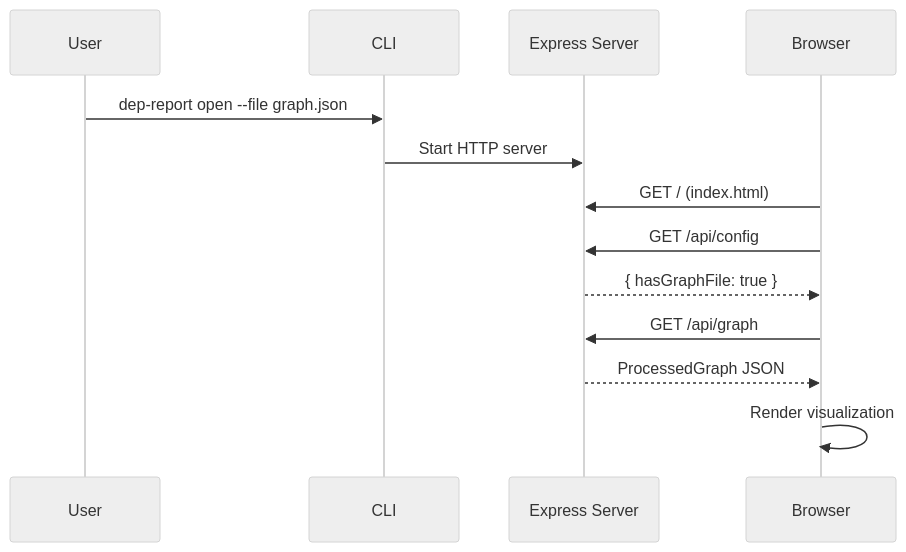
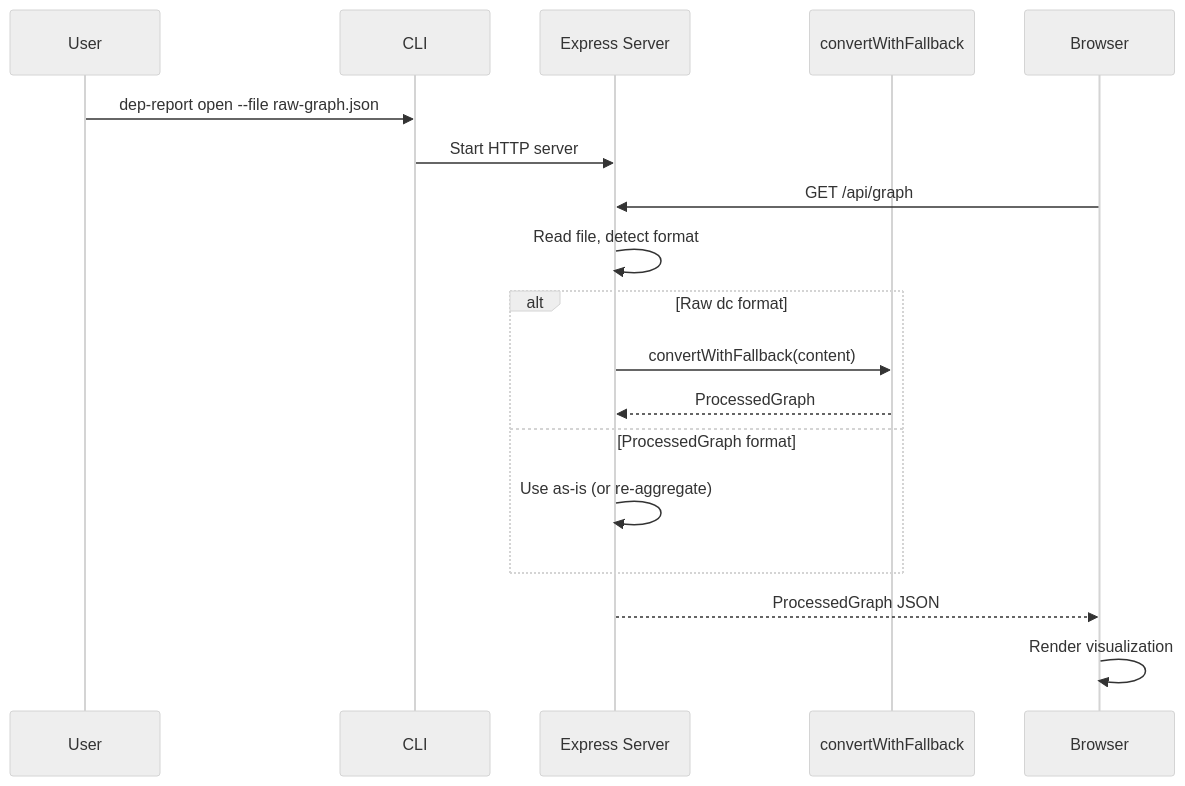
One commit to fisher-89/dependency-cruiser-reporter changed the fourth of 5 diagrams in docs/architecture/data-flow.md. Above: the diagram before and after it, drawn with Mermaid (neutral theme). The commit also changed other lines of this file and 4 other files, not shown here.

First line of the commit message:
refactor(cli): preserve raw dependency-cruiser data, defer aggregation to server

````diff
--- a/docs/architecture/data-flow.md
+++ b/docs/architecture/data-flow.md
@@ -104,16 +88,21 @@
 ```mermaid
 sequenceDiagram
     participant User
     participant CLI
     participant Server as Express Server
+    participant Convert as convertWithFallback
     participant Browser
 
-    User->>CLI: dep-report open --file graph.json
+    User->>CLI: dep-report open --file raw-graph.json
     CLI->>Server: Start HTTP server
-    Browser->>Server: GET / (index.html)
-    Browser->>Server: GET /api/config
-    Server-->>Browser: { hasGraphFile: true }
     Browser->>Server: GET /api/graph
+    Server->>Server: Read file, detect format
+    alt Raw dc format
+        Server->>Convert: convertWithFallback(content)
+        Convert-->>Server: ProcessedGraph
+    else ProcessedGraph format
+        Server->>Server: Use as-is (or re-aggregate)
+    end
     Server-->>Browser: ProcessedGraph JSON
     Browser->>Browser: Render visualization
 ```
````
